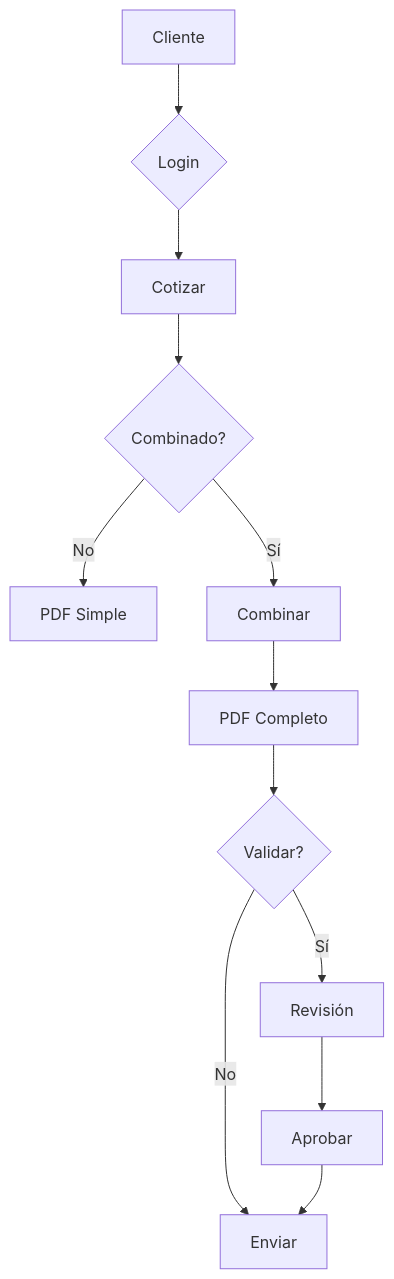
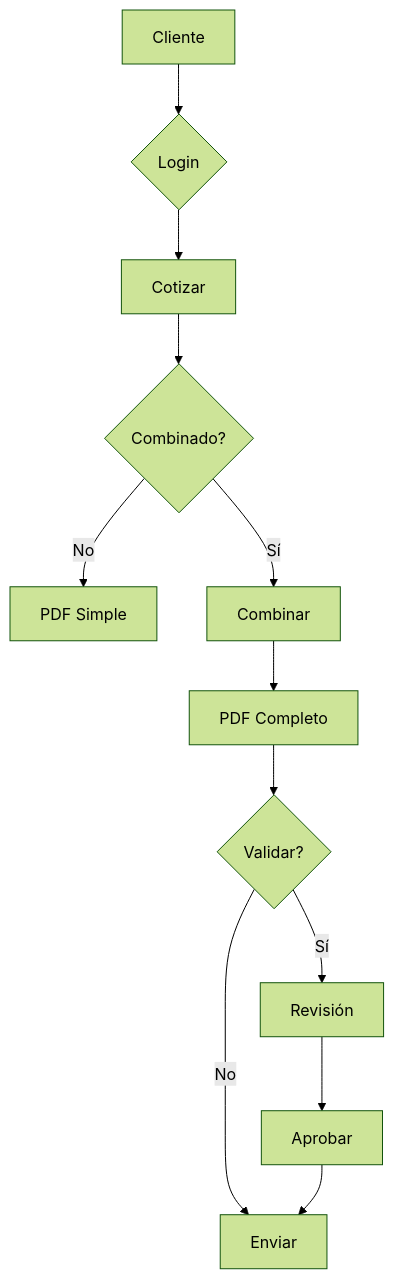
Before and after one commit to MarcoCenturion/Linux: the second of 6 diagrams in DeepSeek_Django.md, drawn with Mermaid. The commit also changed other lines of this file, not shown here.

````diff
--- a/DeepSeek_Django.md
+++ b/DeepSeek_Django.md
@@ -65,14 +67,15 @@
 ```mermaid
+%%{init: {'theme': 'forest', 'fontFamily': 'Arial', 'gantt': {'barHeight': 40}}}%%
 graph TD
     A[Cliente] --> B{Login}
     B --> C[Cotizar]
     C --> D{Combinado?}
     D -->|No| E[PDF Simple]
     D -->|Sí| F[Combinar]
     F --> G[PDF Completo]
     G --> H{Validar?}
     H -->|No| I[Enviar]
     H -->|Sí| J[Revisión]
     J --> K[Aprobar]
     K --> I
 ```
````
